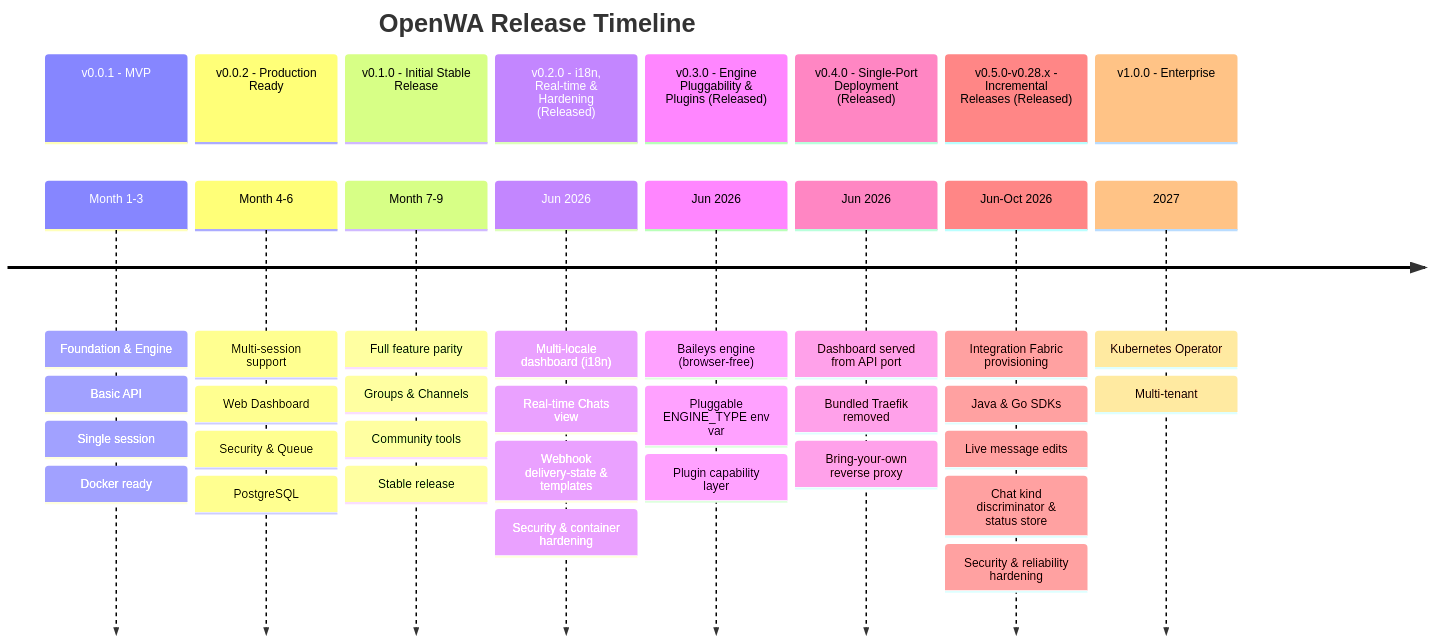
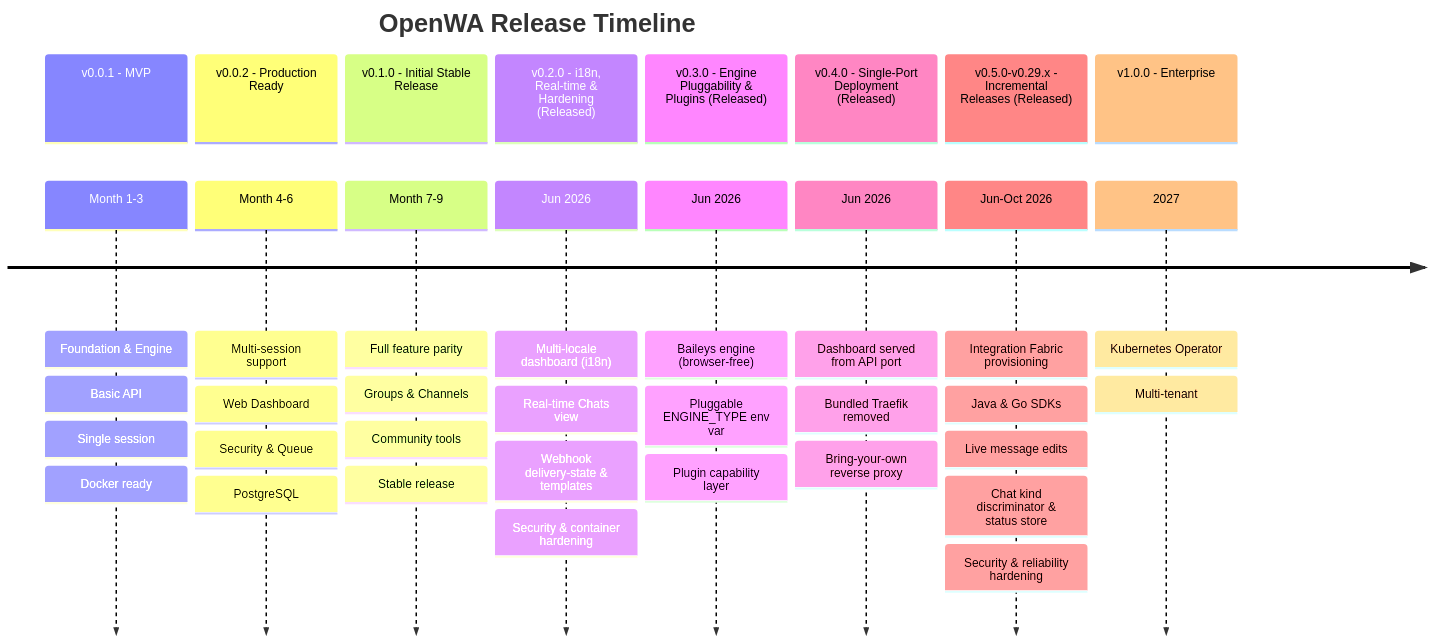
One commit to rmyndharis/OpenWA changed the first of 7 diagrams in docs/15-project-roadmap.md. Above: the diagram before and after it, drawn with Mermaid. The commit also changed other lines of this file and 6 other files, not shown here.

````diff
--- a/docs/15-project-roadmap.md
+++ b/docs/15-project-roadmap.md
@@ -5,49 +5,49 @@
 ```mermaid
 timeline
     title OpenWA Release Timeline
 
     section v0.0.1 - MVP
         Month 1-3 : Foundation & Engine
                   : Basic API
                   : Single session
                   : Docker ready
 
     section v0.0.2 - Production Ready
         Month 4-6 : Multi-session support
                   : Web Dashboard
                   : Security & Queue
                   : PostgreSQL
 
     section v0.1.0 - Initial Stable Release
         Month 7-9 : Full feature parity
                   : Groups & Channels
                   : Community tools
                   : Stable release
 
     section v0.2.0 - i18n, Real-time & Hardening (Released)
         Jun 2026 : Multi-locale dashboard (i18n)
                  : Real-time Chats view
                  : Webhook delivery-state & templates
                  : Security & container hardening
 
     section v0.3.0 - Engine Pluggability & Plugins (Released)
         Jun 2026 : Baileys engine (browser-free)
                  : Pluggable ENGINE_TYPE env var
                  : Plugin capability layer
 
     section v0.4.0 - Single-Port Deployment (Released)
         Jun 2026 : Dashboard served from API port
                  : Bundled Traefik removed
                  : Bring-your-own reverse proxy
 
-    section v0.5.0-v0.28.x - Incremental Releases (Released)
+    section v0.5.0-v0.29.x - Incremental Releases (Released)
         Jun-Oct 2026 : Integration Fabric provisioning
                      : Java & Go SDKs
                      : Live message edits
                      : Chat kind discriminator & status store
                      : Security & reliability hardening
 
     section v1.0.0 - Enterprise
         2027 : Kubernetes Operator
              : Multi-tenant
 ```
````
